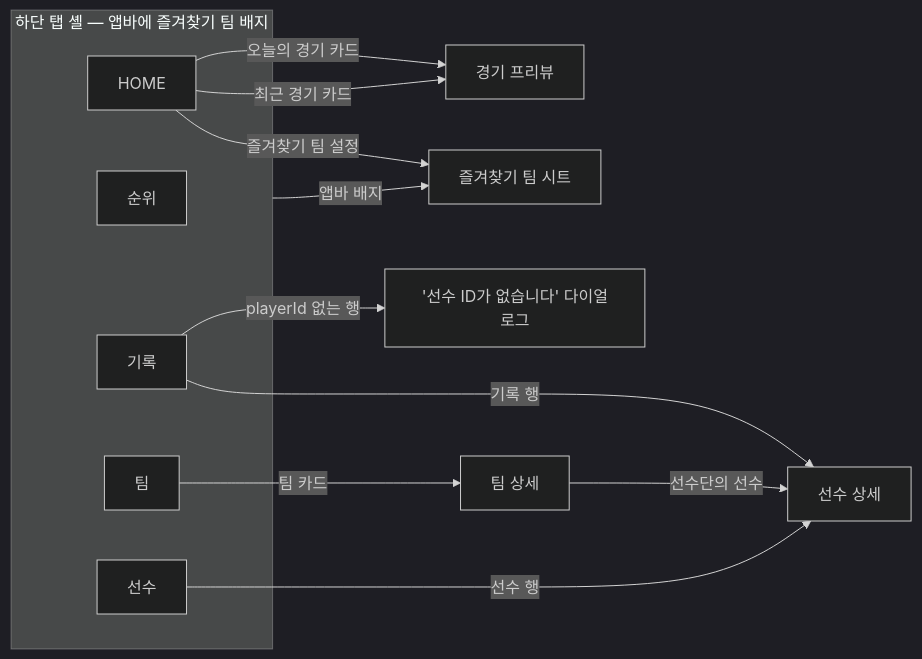
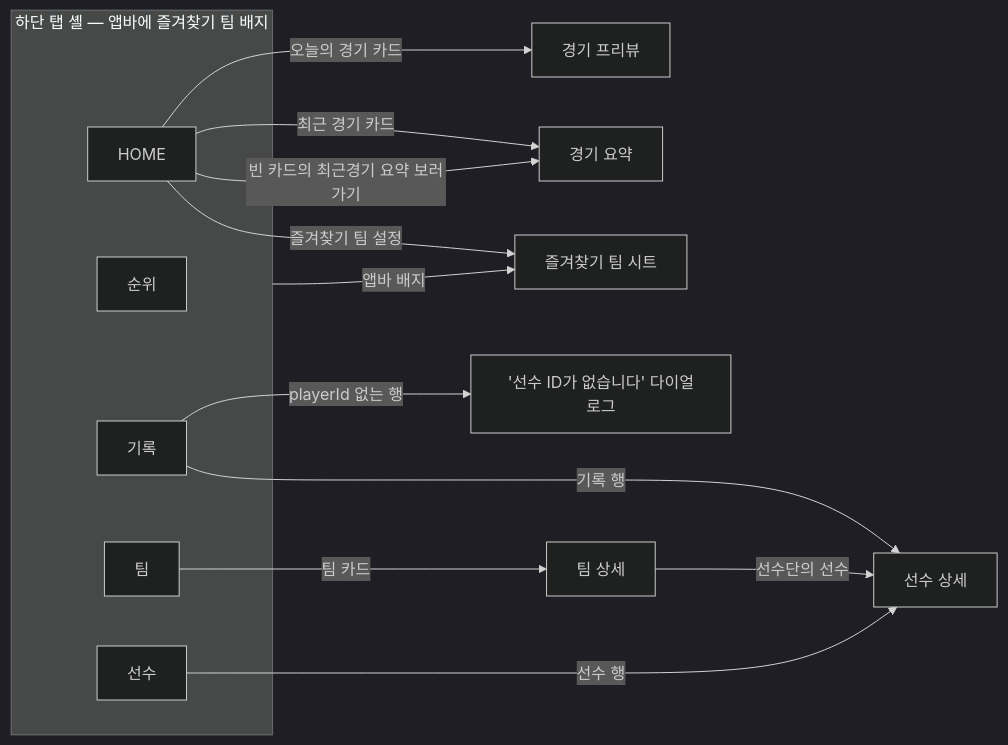
Before and after one commit to shot013/doo_kbo_app: the diagram in docs/TEST_SCENARIOS.md, drawn with Mermaid (dark theme). The commit also changed other lines of this file, not shown here.

````diff
--- a/docs/TEST_SCENARIOS.md
+++ b/docs/TEST_SCENARIOS.md
@@ -14,19 +14,20 @@
 ```mermaid
 flowchart LR
   subgraph Shell["하단 탭 셸 — 앱바에 즐겨찾기 팀 배지"]
     HOME["HOME"]
     STD["순위"]
     REC["기록"]
     TEAM["팀"]
     PLY["선수"]
   end
   HOME -- "오늘의 경기 카드" --> PRE["경기 프리뷰"]
-  HOME -- "최근 경기 카드" --> PRE
+  HOME -- "최근 경기 카드" --> SUM["경기 요약"]
+  HOME -- "빈 카드의 최근경기 요약 보러가기" --> SUM
   HOME -- "즐겨찾기 팀 설정" --> FAVS["즐겨찾기 팀 시트"]
   Shell -- "앱바 배지" --> FAVS
   REC -- "기록 행" --> PD["선수 상세"]
   REC -- "playerId 없는 행" --> DLG["'선수 ID가 없습니다' 다이얼로그"]
   TEAM -- "팀 카드" --> TD["팀 상세"]
   TD -- "선수단의 선수" --> PD
   PLY -- "선수 행" --> PD
 ```
````
